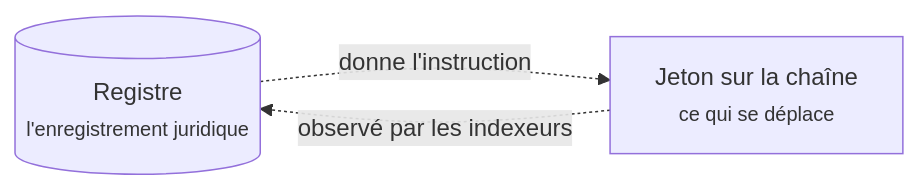
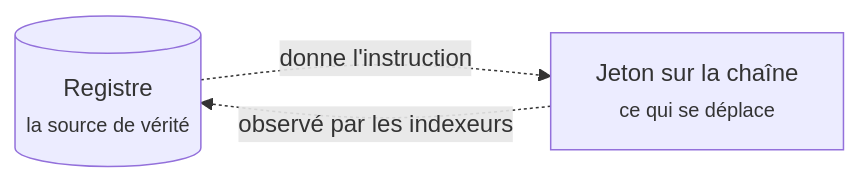
Before and after one commit to makibytes/registerwerk: the diagram in docs/customer/index.fr.md, drawn with Mermaid. The commit also changed other lines of this file and 203 other files, not shown here.

````diff
--- a/docs/customer/index.fr.md
+++ b/docs/customer/index.fr.md
@@ -75,7 +75,7 @@
 ```mermaid
 graph LR
-    R[("Registre<br/><small>l'enregistrement juridique</small>")]
+    R[("Registre<br/><small>la source de vérité</small>")]
     T["Jeton sur la chaîne<br/><small>ce qui se déplace</small>"]
     R -.->|"donne l'instruction"| T
     T -.->|"observé par les indexeurs"| R
 ```
````
